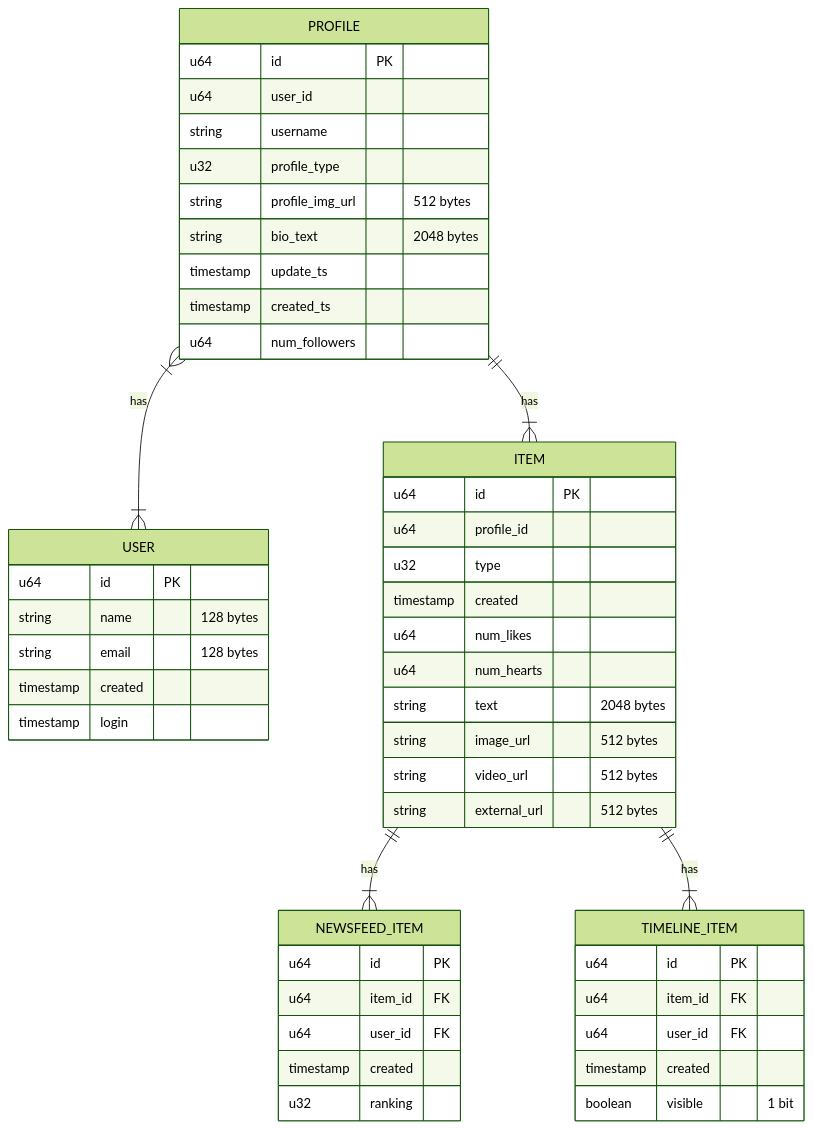
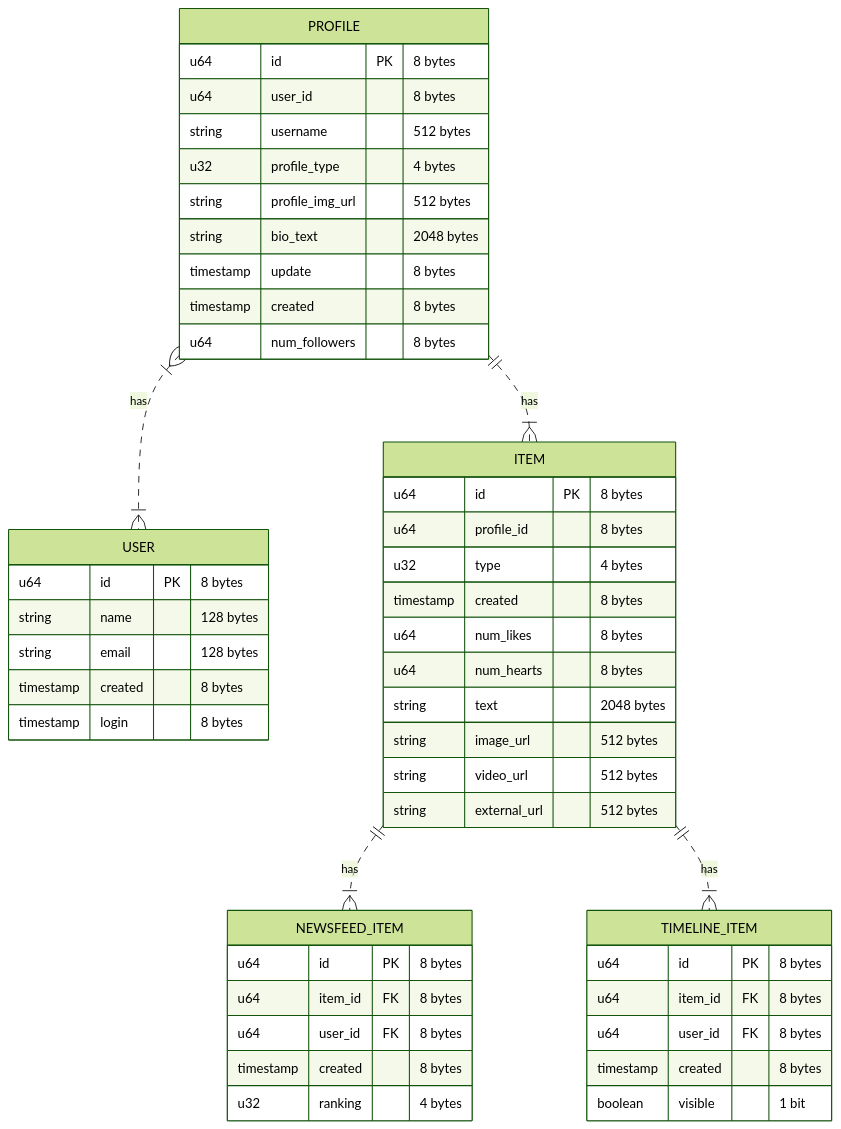
Before and after one commit to brpandey/leetcode-notes: the diagram in sys-design/hacking/26_newsfeed_timeline.md, drawn with Mermaid (forest theme). The commit also changed other lines of this file and 16 other files, not shown here.

Commit message:
Added schema data type sizes

````diff
--- a/sys-design/hacking/26_newsfeed_timeline.md
+++ b/sys-design/hacking/26_newsfeed_timeline.md
@@ -56,56 +56,55 @@
 ```mermaid
 erDiagram
-    PROFILE }|--|{ USER : has
-    PROFILE ||--|{ ITEM : has
-    ITEM ||--|{ NEWSFEED_ITEM : has
-    ITEM ||--|{ TIMELINE_ITEM : has
+    PROFILE }|..|{ USER : has
+    PROFILE ||..|{ ITEM : has
+    ITEM ||..|{ NEWSFEED_ITEM : has
+    ITEM ||..|{ TIMELINE_ITEM : has
 
     PROFILE {
-        u64 id PK
-        u64 user_id 
-        string username
-        u32 profile_type
+        u64 id PK "8 bytes"
+        u64 user_id  "8 bytes"
+        string username "512 bytes"
+        u32 profile_type "4 bytes"
         string profile_img_url "512 bytes"
         string bio_text "2048 bytes"
-        timestamp update_ts
-        timestamp created_ts
-        u64 num_followers
-
+        timestamp update "8 bytes"
+        timestamp created "8 bytes"
+        u64 num_followers "8 bytes"
     }
     USER {
-        u64 id PK 
+        u64 id PK "8 bytes"
         string name "128 bytes"
         string email "128 bytes"
-        timestamp created
-        timestamp login
+        timestamp created "8 bytes"
+        timestamp login "8 bytes"
     }
     
     ITEM {
-        u64 id PK
-        u64 profile_id 
-        u32 type
-        timestamp created
-        u64 num_likes
-        u64 num_hearts
+        u64 id PK "8 bytes"
+        u64 profile_id "8 bytes"
+        u32 type "4 bytes"
+        timestamp created "8 bytes"
+        u64 num_likes "8 bytes"
+        u64 num_hearts "8 bytes"
         string text "2048 bytes"
         string image_url "512 bytes"
         string video_url "512 bytes"
         string external_url "512 bytes"
     }
     
     NEWSFEED_ITEM {
-        u64 id PK
-        u64 item_id FK
-        u64 user_id FK
-        timestamp created
-        u32 ranking
+        u64 id PK "8 bytes"
+        u64 item_id FK "8 bytes"
+        u64 user_id FK "8 bytes"
+        timestamp created "8 bytes"
+        u32 ranking "4 bytes"
     }
     
     TIMELINE_ITEM {
-        u64 id PK
-        u64 item_id FK
-        u64 user_id FK
-        timestamp created
+        u64 id PK "8 bytes"
+        u64 item_id FK "8 bytes"
+        u64 user_id FK "8 bytes"
+        timestamp created "8 bytes"
         boolean visible "1 bit"
     }
 ```
````
